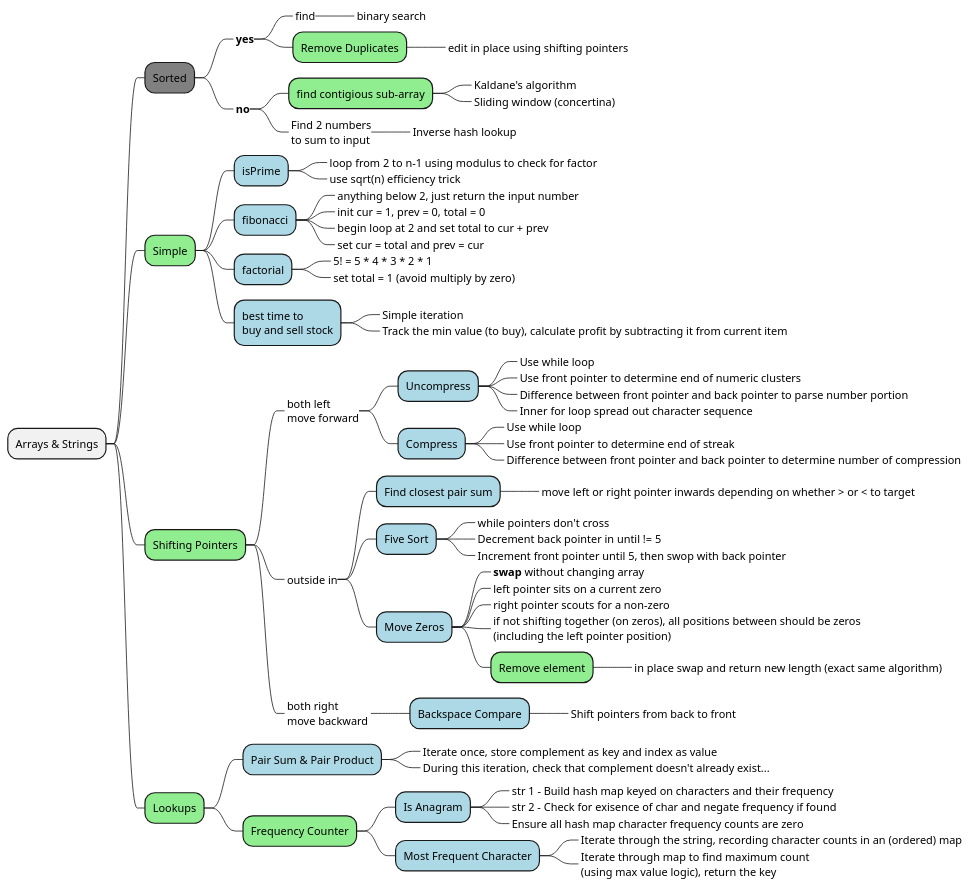
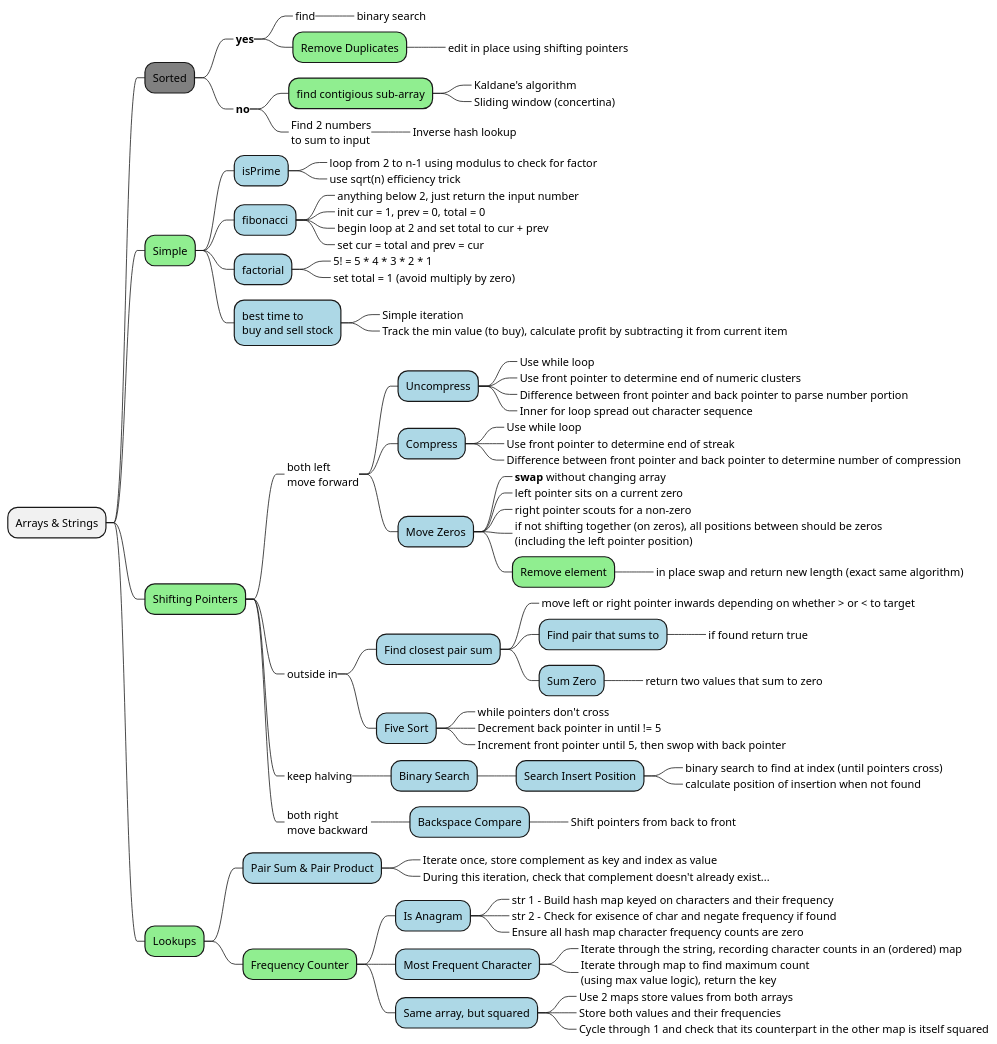
Before and after one commit to bobbyache/study-diagrams: the diagram in alvin/arrays-and-strings.plantuml, drawn with PlantUML.

Commit message:
Added binary search stuff

```diff
--- a/alvin/arrays-and-strings.plantuml
+++ b/alvin/arrays-and-strings.plantuml
@@ -1,78 +1,93 @@
 @startmindmap "Arrays and Strings"
 
 + Arrays & Strings
 ++[#grey] Sorted
 +++_ **yes**
 ++++_ find
 +++++_ binary search
 ++++[#lightgreen] Remove Duplicates
 +++++_ edit in place using shifting pointers
 +++_ **no**
 ++++[#lightgreen] find contigious sub-array
 +++++_ Kaldane's algorithm
 +++++_ Sliding window (concertina)
 ++++_ Find 2 numbers\nto sum to input
 +++++_ Inverse hash lookup
 ++[#lightgreen] Simple
 +++[#lightblue] isPrime
 ++++_ loop from 2 to n-1 using modulus to check for factor
 ++++_ use sqrt(n) efficiency trick
 +++[#lightblue] fibonacci
 ++++_ anything below 2, just return the input number
 ++++_ init cur = 1, prev = 0, total = 0
 ++++_ begin loop at 2 and set total to cur + prev
 ++++_ set cur = total and prev = cur
 +++[#lightblue] factorial
 ++++_ 5! = 5 * 4 * 3 * 2 * 1
 ++++_ set total = 1 (avoid multiply by zero)
 +++[#lightblue] best time to\nbuy and sell stock
 ++++_ Simple iteration
 ++++_ Track the min value (to buy), calculate profit by subtracting it from current item
 
 ++[#lightgreen] Shifting Pointers
 +++_ both left\nmove forward
 ++++[#lightblue] Uncompress
 +++++_ Use while loop
 +++++_ Use front pointer to determine end of numeric clusters
 +++++_ Difference between front pointer and back pointer to parse number portion
 +++++_ Inner for loop spread out character sequence
 ++++[#lightblue] Compress
 +++++_ Use while loop
 +++++_ Use front pointer to determine end of streak
 +++++_ Difference between front pointer and back pointer to determine number of compression
-+++_ outside in
-++++[#lightblue] Find closest pair sum
-+++++_ move left or right pointer inwards depending on whether > or < to target
-++++[#lightblue] Five Sort
-+++++_ while pointers don't cross
-+++++_ Decrement back pointer in until != 5
-+++++_ Increment front pointer until 5, then swop with back pointer
-
 ++++[#lightblue] Move Zeros
 +++++_ **swap** without changing array
 +++++_ left pointer sits on a current zero
 +++++_ right pointer scouts for a non-zero
 +++++_ if not shifting together (on zeros), all positions between should be zeros\n(including the left pointer position)
 +++++[#lightgreen] Remove element
 ++++++_ in place swap and return new length (exact same algorithm)
+
+
+
++++_ outside in
+++++[#lightblue] Find closest pair sum
++++++_ move left or right pointer inwards depending on whether > or < to target
++++++[#lightblue] Find pair that sums to
+++++++_ if found return true
++++++[#lightblue] Sum Zero
+++++++_ return two values that sum to zero
+++++[#lightblue] Five Sort
++++++_ while pointers don't cross
++++++_ Decrement back pointer in until != 5
++++++_ Increment front pointer until 5, then swop with back pointer
+
++++_ keep halving
+++++[#lightblue] Binary Search
++++++[#lightblue] Search Insert Position
+++++++_ binary search to find at index (until pointers cross)
+++++++_ calculate position of insertion when not found
+
 +++_ both right\nmove backward 
 ++++[#lightblue] Backspace Compare
 +++++_ Shift pointers from back to front
 
 ++[#lightgreen] Lookups
 +++[#lightblue] Pair Sum & Pair Product
 ++++_ Iterate once, store complement as key and index as value
 ++++_ During this iteration, check that complement doesn't already exist...
 
 +++[#lightgreen] Frequency Counter
 ++++[#lightblue] Is Anagram
 +++++_ str 1 - Build hash map keyed on characters and their frequency
 +++++_ str 2 - Check for exisence of char and negate frequency if found
 +++++_ Ensure all hash map character frequency counts are zero
 ++++[#lightblue] Most Frequent Character
 +++++_ Iterate through the string, recording character counts in an (ordered) map
 +++++_ Iterate through map to find maximum count\n(using max value logic), return the key
-
-
+++++[#lightblue] Same array, but squared
++++++_ Use 2 maps store values from both arrays
++++++_ Store both values and their frequencies
++++++_ Cycle through 1 and check that its counterpart in the other map is itself squared
 
 @endmindmap
```
